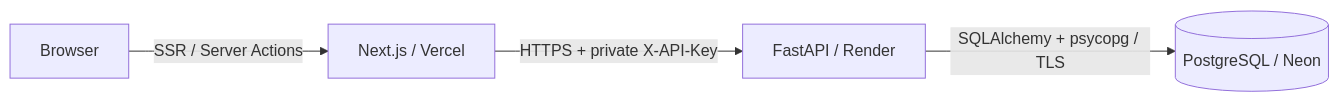
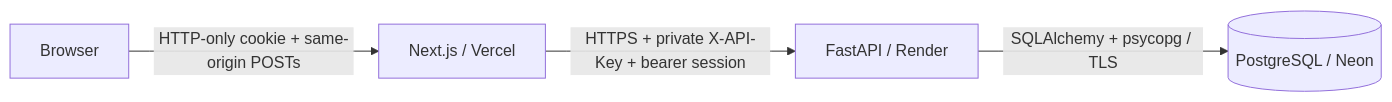
Before and after one commit to Arkapravo-Ghosh/LeadFlow: the diagram in docs/architecture.md, drawn with Mermaid. The commit also changed other lines of this file and 8 other files, not shown here.

````diff
--- a/docs/architecture.md
+++ b/docs/architecture.md
@@ -7,6 +7,6 @@
 ```mermaid
 flowchart LR
-  Browser -->|SSR / Server Actions| Next[Next.js / Vercel]
-  Next -->|HTTPS + private X-API-Key| API[FastAPI / Render]
+  Browser -->|HTTP-only cookie + same-origin POSTs| Next[Next.js / Vercel]
+  Next -->|HTTPS + private X-API-Key + bearer session| API[FastAPI / Render]
   API -->|SQLAlchemy + psycopg / TLS| DB[(PostgreSQL / Neon)]
 ```
````
